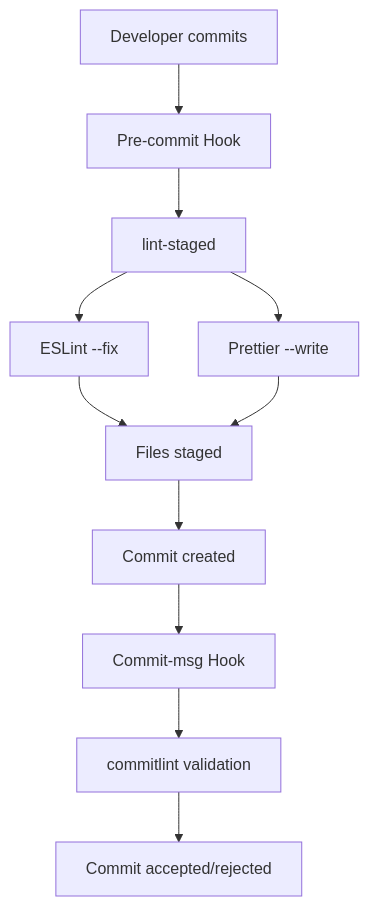
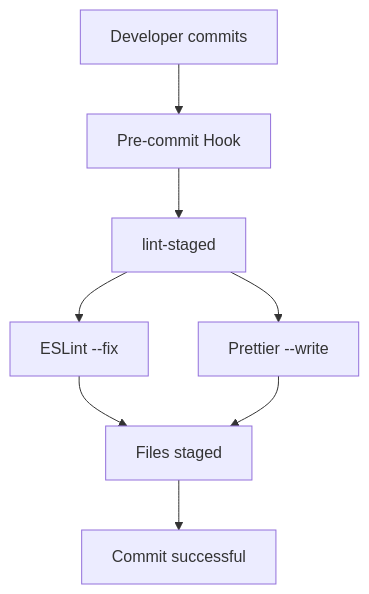
The diagram in packages/linter-config/README.md (middas-0706/js-data-connectors), drawn with Mermaid before and after one commit. The commit also changed other lines of this file, not shown here.

````diff
--- a/packages/linter-config/README.md
+++ b/packages/linter-config/README.md
@@ -29,13 +28,10 @@
 ```mermaid
 graph TD
     A["Developer commits"] --> B["Pre-commit Hook"]
     B --> C["lint-staged"]
     C --> D["ESLint --fix"]
     C --> E["Prettier --write"]
     D --> F["Files staged"]
     E --> F
-    F --> G["Commit created"]
-    G --> H["Commit-msg Hook"]
-    H --> I["commitlint validation"]
-    I --> J["Commit accepted/rejected"]
+    F --> G["Commit successful"]
 ```
````
